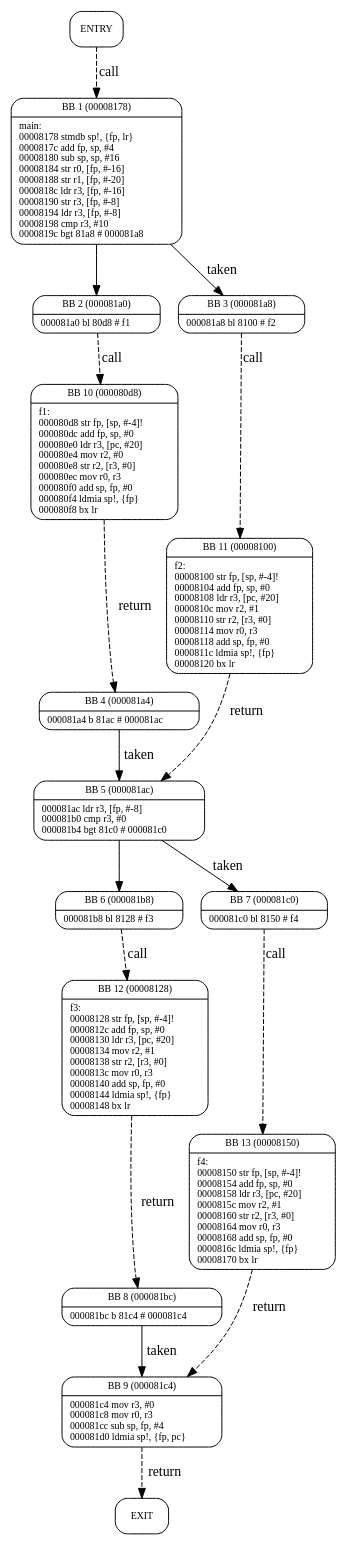
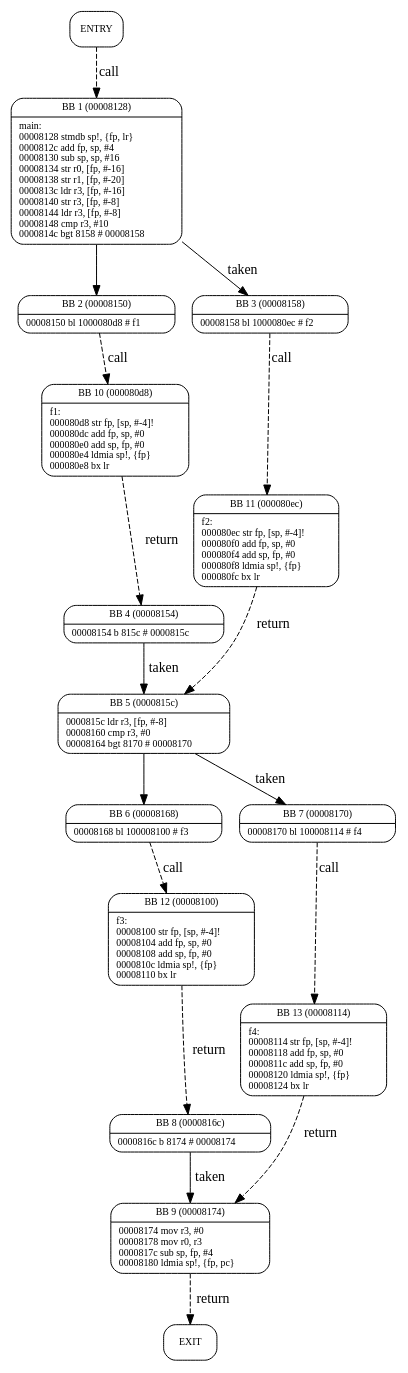
One commit to Dune-jr/pathfinder changed the diagram in benchmarks/if_then_else_2seq/if_then_else_2seq.dot. Above: the diagram before and after it, drawn with Graphviz. The commit also changed 12 other files, not shown here.

```diff
--- a/benchmarks/if_then_else_2seq/if_then_else_2seq.dot
+++ b/benchmarks/if_then_else_2seq/if_then_else_2seq.dot
@@ -1,34 +1,34 @@
 digraph main{
 node [shape=Mrecord, labeljust=l, fontsize=10];
 	"0" [label="ENTRY"]
 	"0" -> "1" [label="call", style=dashed, weight=2];
-	"1" [label="{BB 1 (00008178) | main:\l00008178    stmdb sp!, \{fp, lr\}\l0000817c    add fp, sp, #4\l00008180    sub sp, sp, #16\l00008184    str r0, [fp, #-16]\l00008188    str r1, [fp, #-20]\l0000818c    ldr r3, [fp, #-16]\l00008190    str r3, [fp, #-8]\l00008194    ldr r3, [fp, #-8]\l00008198    cmp r3, #10\l0000819c    bgt 81a8    # 000081a8\l }"]
+	"1" [label="{BB 1 (00008128) | main:\l00008128    stmdb sp!, \{fp, lr\}\l0000812c    add fp, sp, #4\l00008130    sub sp, sp, #16\l00008134    str r0, [fp, #-16]\l00008138    str r1, [fp, #-20]\l0000813c    ldr r3, [fp, #-16]\l00008140    str r3, [fp, #-8]\l00008144    ldr r3, [fp, #-8]\l00008148    cmp r3, #10\l0000814c    bgt 8158    # 00008158\l }"]
 	"1" -> "2" [weight=4];
 	"1" -> "3" [label="taken", weight=3];
-	"2" [label="{BB 2 (000081a0) | 000081a0    bl 80d8    # f1\l }"]
+	"2" [label="{BB 2 (00008150) | 00008150    bl 1000080d8    # f1\l }"]
 	"2" -> "10" [label="call", style=dashed, weight=2];
-	"3" [label="{BB 3 (000081a8) | 000081a8    bl 8100    # f2\l }"]
+	"3" [label="{BB 3 (00008158) | 00008158    bl 1000080ec    # f2\l }"]
 	"3" -> "11" [label="call", style=dashed, weight=2];
-	"4" [label="{BB 4 (000081a4) | 000081a4    b 81ac    # 000081ac\l }"]
+	"4" [label="{BB 4 (00008154) | 00008154    b 815c    # 0000815c\l }"]
 	"4" -> "5" [label="taken", weight=3];
-	"5" [label="{BB 5 (000081ac) | 000081ac    ldr r3, [fp, #-8]\l000081b0    cmp r3, #0\l000081b4    bgt 81c0    # 000081c0\l }"]
+	"5" [label="{BB 5 (0000815c) | 0000815c    ldr r3, [fp, #-8]\l00008160    cmp r3, #0\l00008164    bgt 8170    # 00008170\l }"]
 	"5" -> "6" [weight=4];
 	"5" -> "7" [label="taken", weight=3];
-	"6" [label="{BB 6 (000081b8) | 000081b8    bl 8128    # f3\l }"]
+	"6" [label="{BB 6 (00008168) | 00008168    bl 100008100    # f3\l }"]
 	"6" -> "12" [label="call", style=dashed, weight=2];
-	"7" [label="{BB 7 (000081c0) | 000081c0    bl 8150    # f4\l }"]
+	"7" [label="{BB 7 (00008170) | 00008170    bl 100008114    # f4\l }"]
 	"7" -> "13" [label="call", style=dashed, weight=2];
-	"8" [label="{BB 8 (000081bc) | 000081bc    b 81c4    # 000081c4\l }"]
+	"8" [label="{BB 8 (0000816c) | 0000816c    b 8174    # 00008174\l }"]
 	"8" -> "9" [label="taken", weight=3];
-	"9" [label="{BB 9 (000081c4) | 000081c4    mov r3, #0\l000081c8    mov r0, r3\l000081cc    sub sp, fp, #4\l000081d0    ldmia sp!, \{fp, pc\}\l }"]
+	"9" [label="{BB 9 (00008174) | 00008174    mov r3, #0\l00008178    mov r0, r3\l0000817c    sub sp, fp, #4\l00008180    ldmia sp!, \{fp, pc\}\l }"]
 	"9" -> "14" [label="return", style=dashed, weight=2];
-	"10" [label="{BB 10 (000080d8) | f1:\l000080d8    str fp, [sp, #-4]!\l000080dc    add fp, sp, #0\l000080e0    ldr r3, [pc, #20]\l000080e4    mov r2, #0\l000080e8    str r2, [r3, #0]\l000080ec    mov r0, r3\l000080f0    add sp, fp, #0\l000080f4    ldmia sp!, \{fp\}\l000080f8    bx lr\l }"]
+	"10" [label="{BB 10 (000080d8) | f1:\l000080d8    str fp, [sp, #-4]!\l000080dc    add fp, sp, #0\l000080e0    add sp, fp, #0\l000080e4    ldmia sp!, \{fp\}\l000080e8    bx lr\l }"]
 	"10" -> "4" [label="return", style=dashed, weight=2];
-	"11" [label="{BB 11 (00008100) | f2:\l00008100    str fp, [sp, #-4]!\l00008104    add fp, sp, #0\l00008108    ldr r3, [pc, #20]\l0000810c    mov r2, #1\l00008110    str r2, [r3, #0]\l00008114    mov r0, r3\l00008118    add sp, fp, #0\l0000811c    ldmia sp!, \{fp\}\l00008120    bx lr\l }"]
+	"11" [label="{BB 11 (000080ec) | f2:\l000080ec    str fp, [sp, #-4]!\l000080f0    add fp, sp, #0\l000080f4    add sp, fp, #0\l000080f8    ldmia sp!, \{fp\}\l000080fc    bx lr\l }"]
 	"11" -> "5" [label="return", style=dashed, weight=2];
-	"12" [label="{BB 12 (00008128) | f3:\l00008128    str fp, [sp, #-4]!\l0000812c    add fp, sp, #0\l00008130    ldr r3, [pc, #20]\l00008134    mov r2, #1\l00008138    str r2, [r3, #0]\l0000813c    mov r0, r3\l00008140    add sp, fp, #0\l00008144    ldmia sp!, \{fp\}\l00008148    bx lr\l }"]
+	"12" [label="{BB 12 (00008100) | f3:\l00008100    str fp, [sp, #-4]!\l00008104    add fp, sp, #0\l00008108    add sp, fp, #0\l0000810c    ldmia sp!, \{fp\}\l00008110    bx lr\l }"]
 	"12" -> "8" [label="return", style=dashed, weight=2];
-	"13" [label="{BB 13 (00008150) | f4:\l00008150    str fp, [sp, #-4]!\l00008154    add fp, sp, #0\l00008158    ldr r3, [pc, #20]\l0000815c    mov r2, #1\l00008160    str r2, [r3, #0]\l00008164    mov r0, r3\l00008168    add sp, fp, #0\l0000816c    ldmia sp!, \{fp\}\l00008170    bx lr\l }"]
+	"13" [label="{BB 13 (00008114) | f4:\l00008114    str fp, [sp, #-4]!\l00008118    add fp, sp, #0\l0000811c    add sp, fp, #0\l00008120    ldmia sp!, \{fp\}\l00008124    bx lr\l }"]
 	"13" -> "9" [label="return", style=dashed, weight=2];
 	"14" [label="EXIT"]
 }
```
